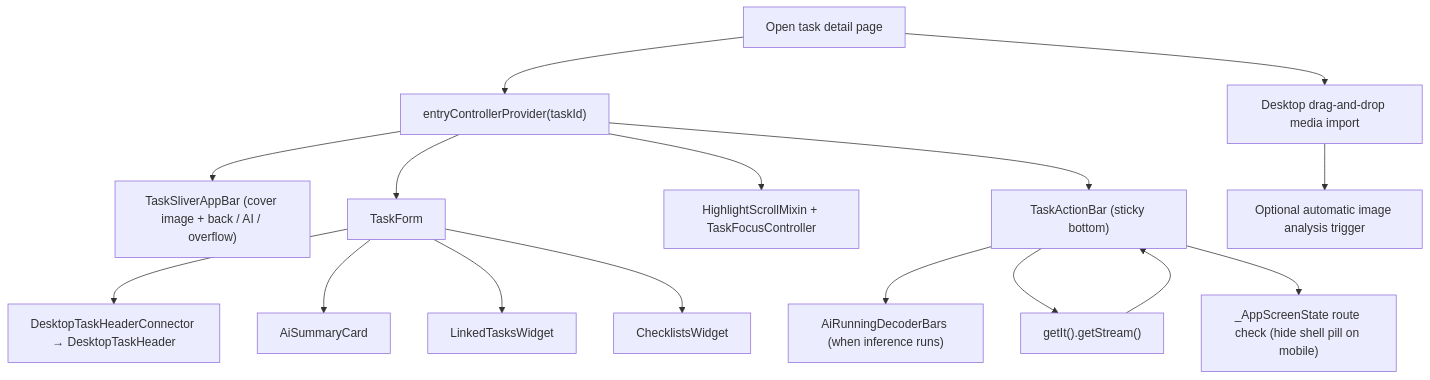
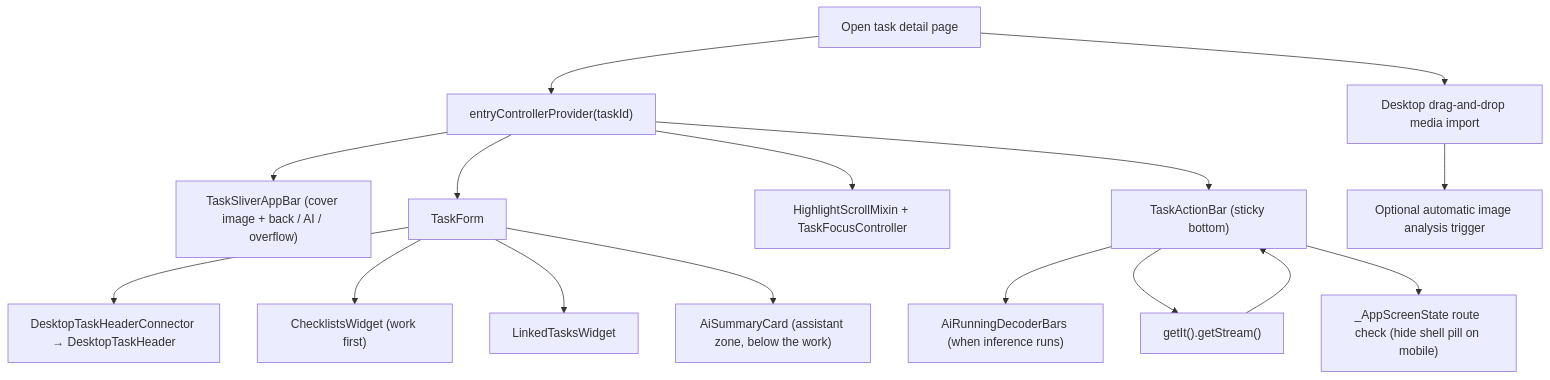
Before and after one commit to matthiasn/lotti: the fourth of 13 diagrams in lib/features/tasks/README.md, drawn with Mermaid. The commit also changed other lines of this file and 3 other files, not shown here.

````diff
--- a/lib/features/tasks/README.md
+++ b/lib/features/tasks/README.md
@@ -226,18 +234,18 @@
 ```mermaid
 flowchart TD
   Open["Open task detail page"] --> Load["entryControllerProvider(taskId)"]
   Load --> AppBar["TaskSliverAppBar (cover image + back / AI / overflow)"]
   Load --> Form["TaskForm"]
   Form --> Header["DesktopTaskHeaderConnector → DesktopTaskHeader"]
-  Form --> Agents["AiSummaryCard"]
+  Form --> Checklists["ChecklistsWidget (work first)"]
   Form --> Linked["LinkedTasksWidget"]
-  Form --> Checklists["ChecklistsWidget"]
+  Form --> Agents["AiSummaryCard (assistant zone, below the work)"]
   Load --> Focus["HighlightScrollMixin + TaskFocusController"]
   Load --> ActionBar["TaskActionBar (sticky bottom)"]
   ActionBar --> DecoderBars["AiRunningDecoderBars (when inference runs)"]
   ActionBar --> TimeService["getIt<TimeService>().getStream()"]
   TimeService --> ActionBar
   ActionBar --> NavHide["_AppScreenState route check (hide shell pill on mobile)"]
   Open --> Drop["Desktop drag-and-drop media import"]
   Drop --> ImageAnalysis["Optional automatic image analysis trigger"]
 ```
````
